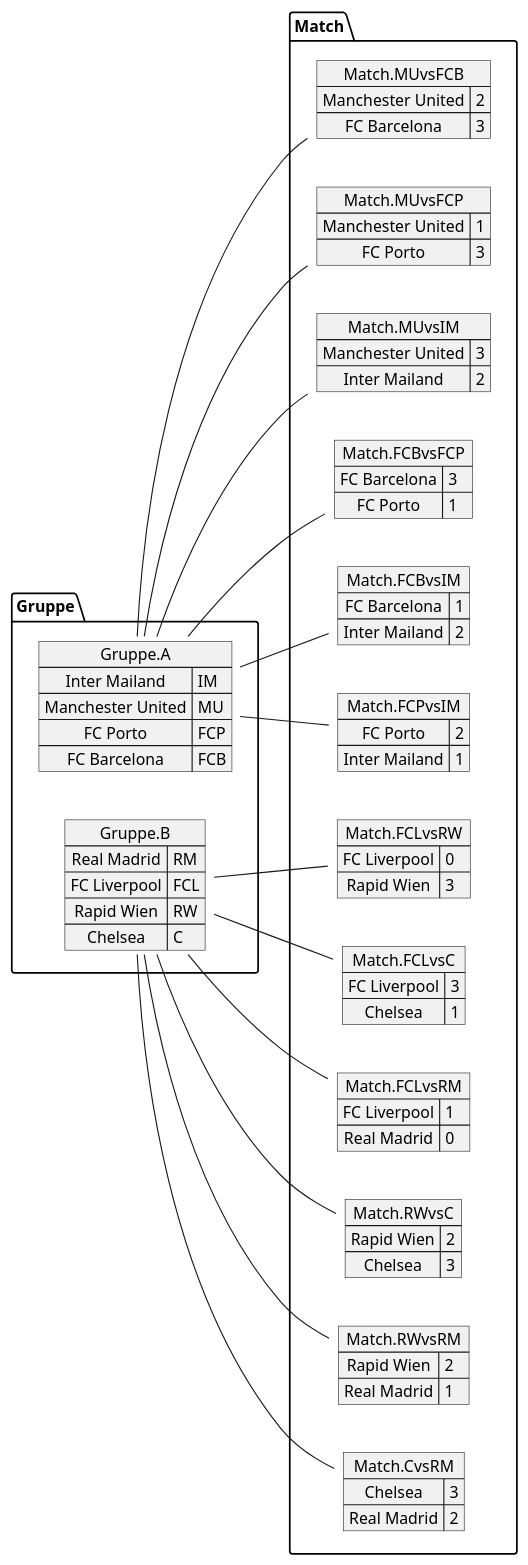
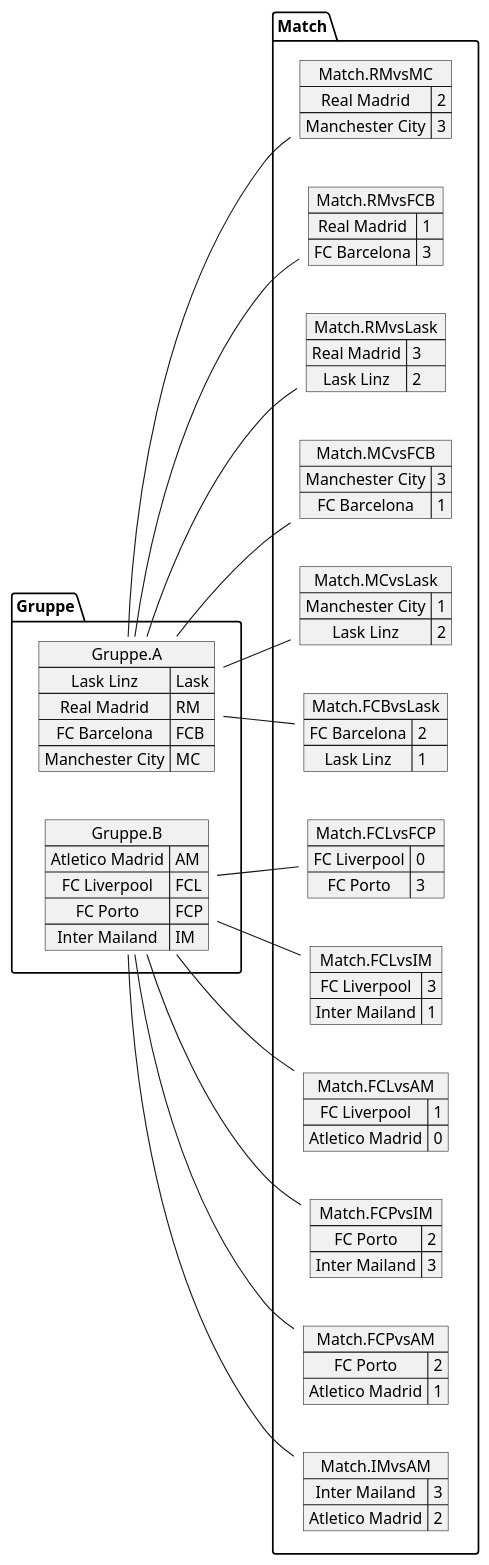
One commit to htl-leonding-project/2022-4ahif-autohaus changed the diagram in asciidocs/plantuml/ResultGP.puml. Above: the diagram before and after it, drawn with PlantUML. The commit also changed 3 other files, not shown here.

```diff
--- a/asciidocs/plantuml/ResultGP.puml
+++ b/asciidocs/plantuml/ResultGP.puml
@@ -1,88 +1,88 @@
 @startuml TestGPTournament2.png
 left to right direction
 
 map Gruppe.A {
-Inter Mailand=>IM
-Manchester United=>MU
-FC Porto=>FCP
+Lask Linz=>Lask
+Real Madrid=>RM
 FC Barcelona=>FCB
+Manchester City=>MC
 }
 
 map Gruppe.B {
-Real Madrid=>RM
+Atletico Madrid=>AM
 FC Liverpool=>FCL
-Rapid Wien=>RW
-Chelsea=>C
+FC Porto=>FCP
+Inter Mailand=>IM
 }
-map Match.MUvsFCB {
-Manchester United => 2
+map Match.RMvsMC {
+Real Madrid => 2
+Manchester City => 3
+}
+
+map Match.RMvsFCB {
+Real Madrid => 1
 FC Barcelona => 3
 }
 
-map Match.MUvsFCP {
-Manchester United => 1
+map Match.RMvsLask {
+Real Madrid => 3
+Lask Linz => 2
+}
+
+map Match.MCvsFCB {
+Manchester City => 3
+FC Barcelona => 1
+}
+
+map Match.MCvsLask {
+Manchester City => 1
+Lask Linz => 2
+}
+
+map Match.FCBvsLask {
+FC Barcelona => 2
+Lask Linz => 1
+}
+map Match.FCLvsFCP {
+FC Liverpool => 0
 FC Porto => 3
 }
 
-map Match.MUvsIM {
-Manchester United => 3
-Inter Mailand => 2
+map Match.FCLvsIM {
+FC Liverpool => 3
+Inter Mailand => 1
 }
 
-map Match.FCBvsFCP {
-FC Barcelona => 3
-FC Porto => 1
-}
-
-map Match.FCBvsIM {
-FC Barcelona => 1
-Inter Mailand => 2
+map Match.FCLvsAM {
+FC Liverpool => 1
+Atletico Madrid => 0
 }
 
 map Match.FCPvsIM {
 FC Porto => 2
-Inter Mailand => 1
-}
-map Match.FCLvsRW {
-FC Liverpool => 0
-Rapid Wien => 3
+Inter Mailand => 3
 }
 
-map Match.FCLvsC {
-FC Liverpool => 3
-Chelsea => 1
+map Match.FCPvsAM {
+FC Porto => 2
+Atletico Madrid => 1
 }
 
-map Match.FCLvsRM {
-FC Liverpool => 1
-Real Madrid => 0
+map Match.IMvsAM {
+Inter Mailand => 3
+Atletico Madrid => 2
 }
-
-map Match.RWvsC {
-Rapid Wien => 2
-Chelsea => 3
-}
-
-map Match.RWvsRM {
-Rapid Wien => 2
-Real Madrid => 1
-}
-
-map Match.CvsRM {
-Chelsea => 3
-Real Madrid => 2
-}
-Gruppe.A -- Match.MUvsFCB
-Gruppe.A -- Match.MUvsFCP
-Gruppe.A -- Match.MUvsIM
-Gruppe.A -- Match.FCBvsFCP
-Gruppe.A -- Match.FCBvsIM
-Gruppe.A -- Match.FCPvsIM
-Gruppe.B -- Match.FCLvsRW
-Gruppe.B -- Match.FCLvsC
-Gruppe.B -- Match.FCLvsRM
-Gruppe.B -- Match.RWvsC
-Gruppe.B -- Match.RWvsRM
-Gruppe.B -- Match.CvsRM
+Gruppe.A -- Match.RMvsMC
+Gruppe.A -- Match.RMvsFCB
+Gruppe.A -- Match.RMvsLask
+Gruppe.A -- Match.MCvsFCB
+Gruppe.A -- Match.MCvsLask
+Gruppe.A -- Match.FCBvsLask
+Gruppe.B -- Match.FCLvsFCP
+Gruppe.B -- Match.FCLvsIM
+Gruppe.B -- Match.FCLvsAM
+Gruppe.B -- Match.FCPvsIM
+Gruppe.B -- Match.FCPvsAM
+Gruppe.B -- Match.IMvsAM
 
 @enduml
```
